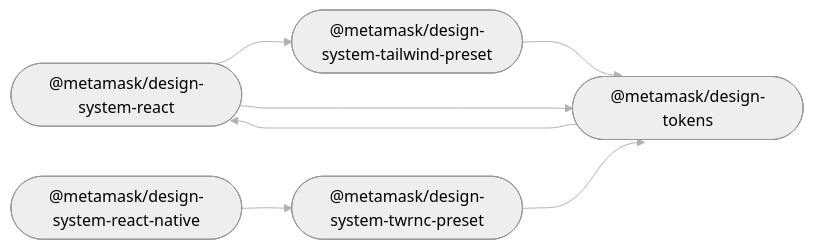
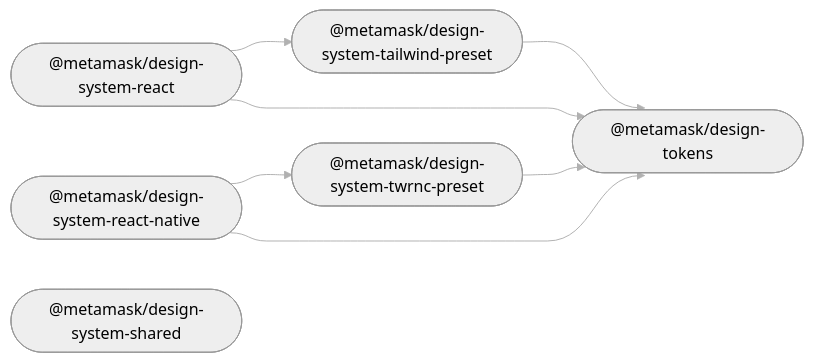
One commit to MetaMask/metamask-design-system changed the diagram in README.md. Above: the diagram before and after it, drawn with Mermaid (neutral theme). The commit also changed other lines of this file and 13 other files, not shown here.

First line of the commit message:
feat: add design system shared package boilerplate and fix create-package deps (#805)

````diff
--- a/README.md
+++ b/README.md
@@ -23,16 +24,17 @@
 ```mermaid
 %%{ init: { 'flowchart': { 'curve': 'bumpX' } } }%%
 graph LR;
 linkStyle default opacity:0.5
   design_system_react(["@metamask/design-system-react"]);
   design_system_react_native(["@metamask/design-system-react-native"]);
+  design_system_shared(["@metamask/design-system-shared"]);
   design_system_tailwind_preset(["@metamask/design-system-tailwind-preset"]);
   design_system_twrnc_preset(["@metamask/design-system-twrnc-preset"]);
   design_tokens(["@metamask/design-tokens"]);
   design_system_react --> design_system_tailwind_preset;
   design_system_react --> design_tokens;
   design_system_react_native --> design_system_twrnc_preset;
+  design_system_react_native --> design_tokens;
   design_system_tailwind_preset --> design_tokens;
   design_system_twrnc_preset --> design_tokens;
-  design_tokens --> design_system_react;
 ```
````
